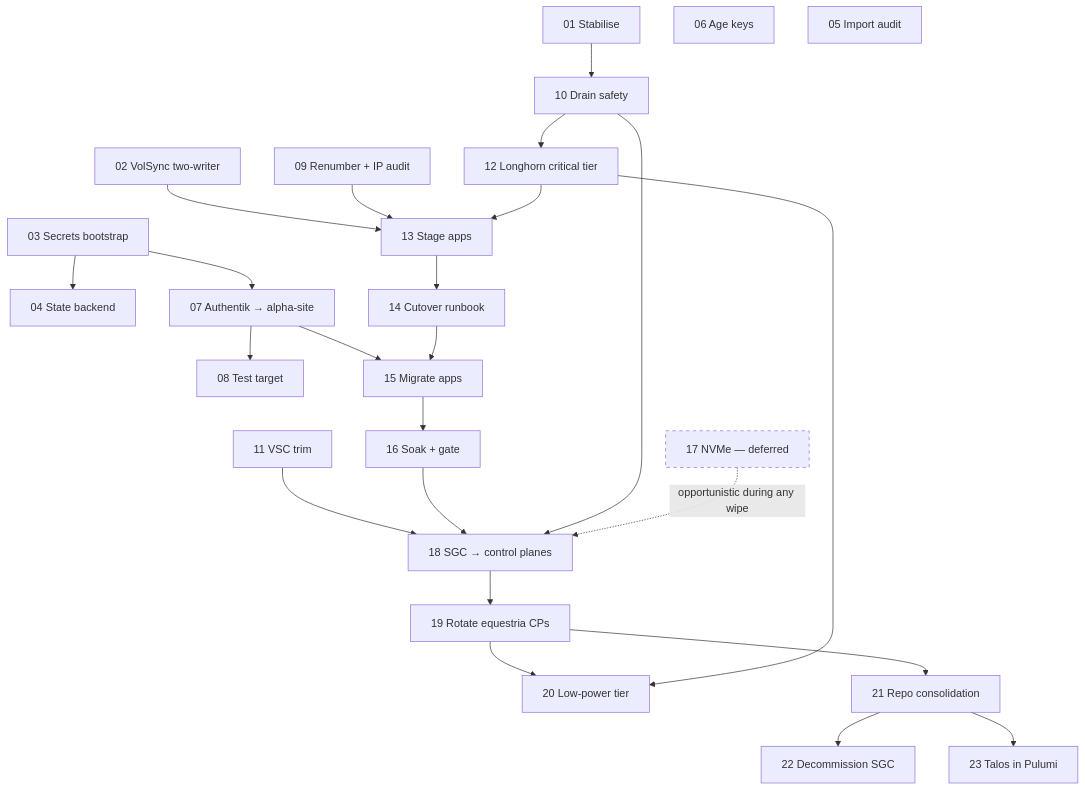
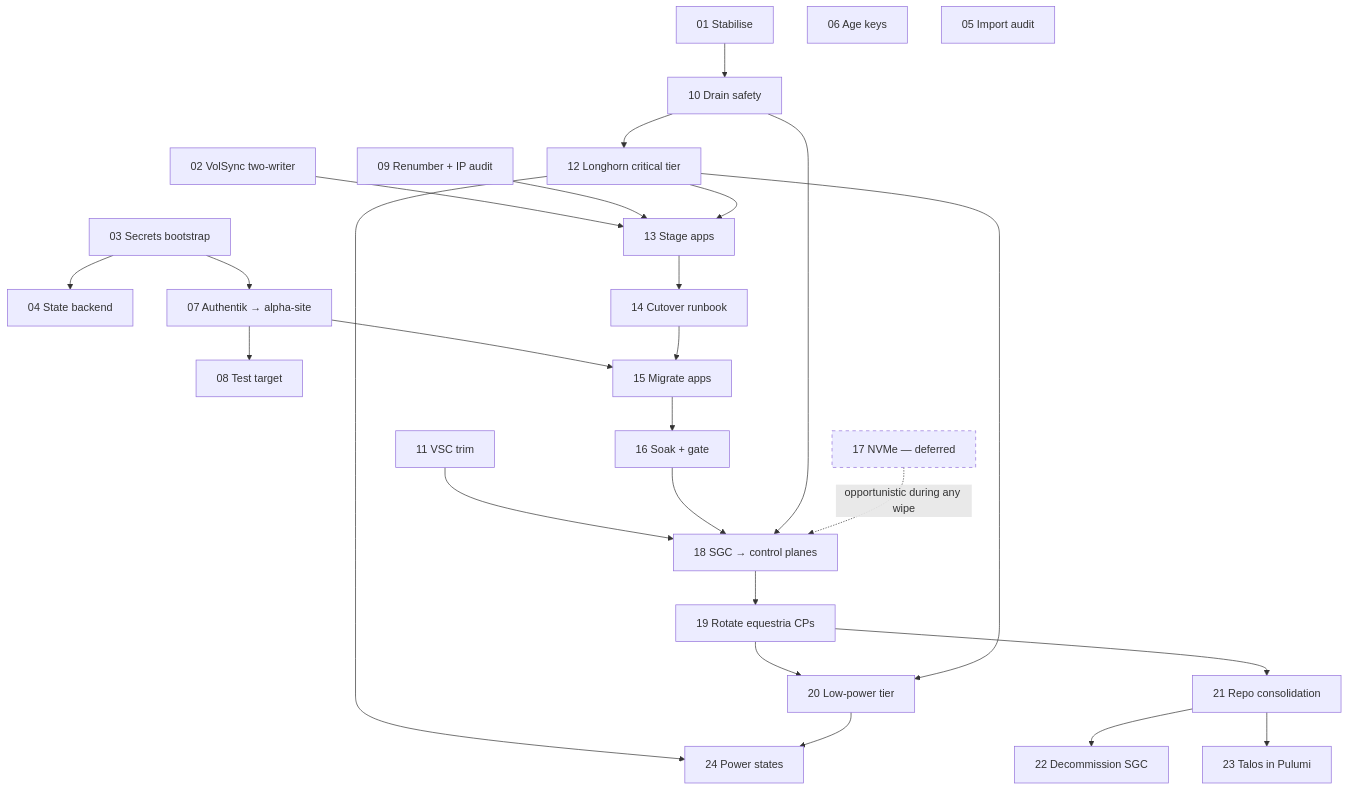
Before and after one commit to david-driscoll/home-operations: the diagram in docs/cluster-consolidation/README.md, drawn with Mermaid. The commit also changed other lines of this file and 4 other files, not shown here.

````diff
--- a/docs/cluster-consolidation/README.md
+++ b/docs/cluster-consolidation/README.md
@@ -206,28 +208,30 @@
 ```mermaid
 graph TD
   A[01 Stabilise] --> I[10 Drain safety]
   B[02 VolSync two-writer] --> L[13 Stage apps]
   C[03 Secrets bootstrap] --> D[04 State backend]
   C --> G1[07 Authentik → alpha-site]
   F[06 Age keys]
   E[05 Import audit]
   G1 --> G2[08 Test target]
   G1 --> N[15 Migrate apps]
   H[09 Renumber + IP audit] --> L
   I --> K[12 Longhorn critical tier]
   J[11 VSC trim] --> Q[18 SGC → control planes]
   K --> L
   L --> M[14 Cutover runbook]
   M --> N
   N --> O[16 Soak + gate]
   O --> Q
   I --> Q
   Q --> R[19 Rotate equestria CPs]
   R --> S[20 Low-power tier]
   K --> S
   R --> T[21 Repo consolidation]
   T --> U[22 Decommission SGC]
   T --> V[23 Talos in Pulumi]
+  K --> W[24 Power states]
+  S --> W
   P[17 NVMe — deferred]:::deferred -.opportunistic during any wipe.-> Q
   classDef deferred stroke-dasharray: 5 5
 ```
````
